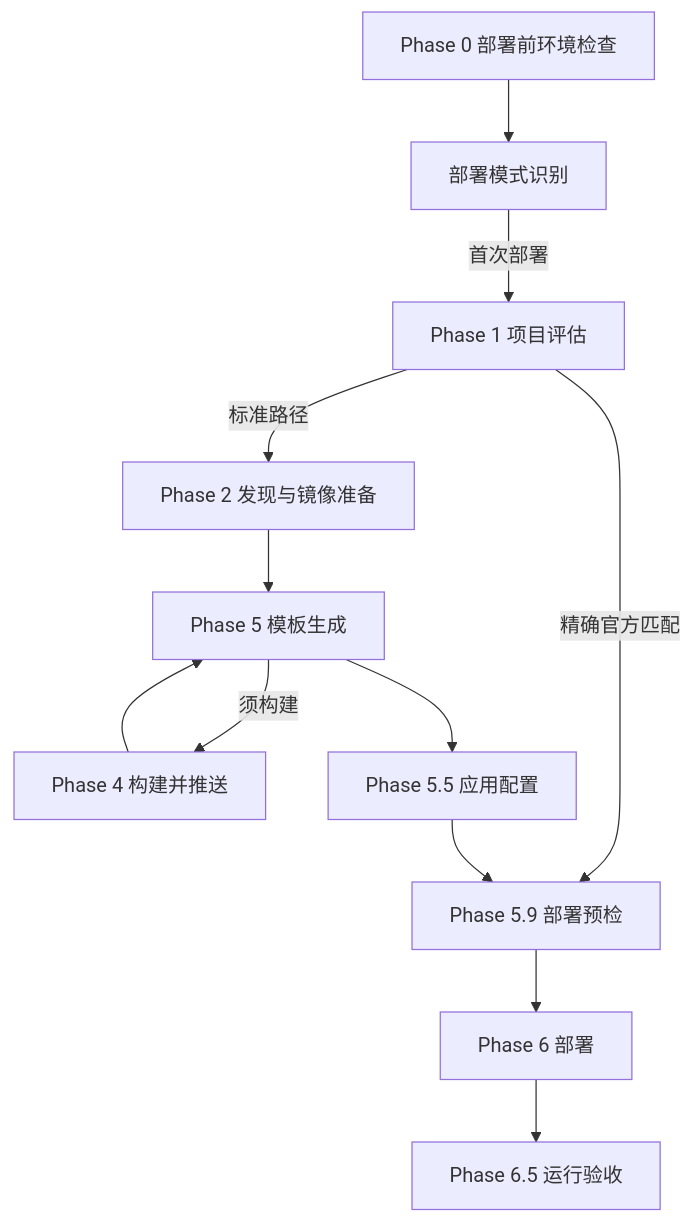
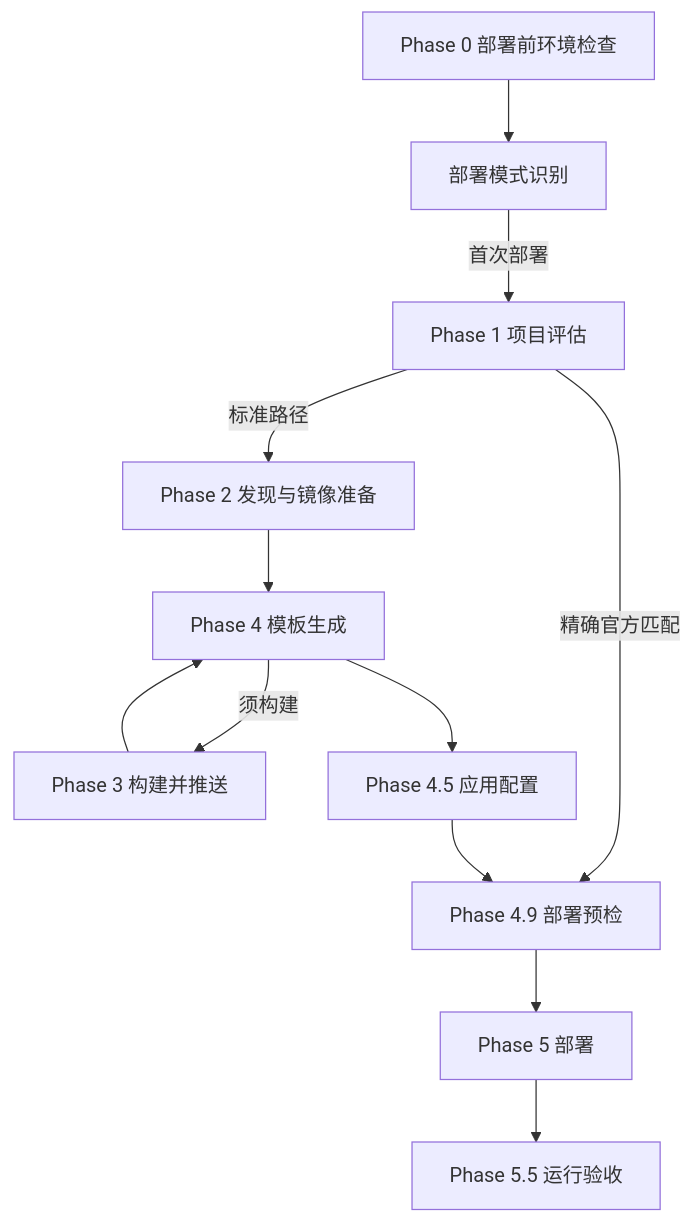
One commit to Che-Zhu/sealos-skills-doc changed the diagram in pipeline/overview.mdx. Above: the diagram before and after it, drawn with Mermaid. The commit also changed other lines of this file and 27 other files, not shown here.

````diff
--- a/pipeline/overview.mdx
+++ b/pipeline/overview.mdx
@@ -29,22 +29,22 @@
 ```mermaid
 flowchart TD
   P0[Phase 0 部署前环境检查]
   MD[部署模式识别]
   P1[Phase 1 项目评估]
   P2[Phase 2 发现与镜像准备]
-  P4[Phase 4 构建并推送]
-  P5[Phase 5 模板生成]
-  P55[Phase 5.5 应用配置]
-  P59[Phase 5.9 部署预检]
-  P6[Phase 6 部署]
-  P65[Phase 6.5 运行验收]
+  P3[Phase 3 构建并推送]
+  P4[Phase 4 模板生成]
+  P45[Phase 4.5 应用配置]
+  P49[Phase 4.9 部署预检]
+  P5[Phase 5 部署]
+  P55[Phase 5.5 运行验收]
 
   P0 --> MD
   MD -->|首次部署| P1
-  P1 -->|精确官方匹配| P59
+  P1 -->|精确官方匹配| P49
   P1 -->|标准路径| P2
-  P2 --> P5
-  P5 -->|须构建| P4
-  P4 --> P5
-  P5 --> P55 --> P59 --> P6 --> P65
+  P2 --> P4
+  P4 -->|须构建| P3
+  P3 --> P4
+  P4 --> P45 --> P49 --> P5 --> P55
 ```
````
